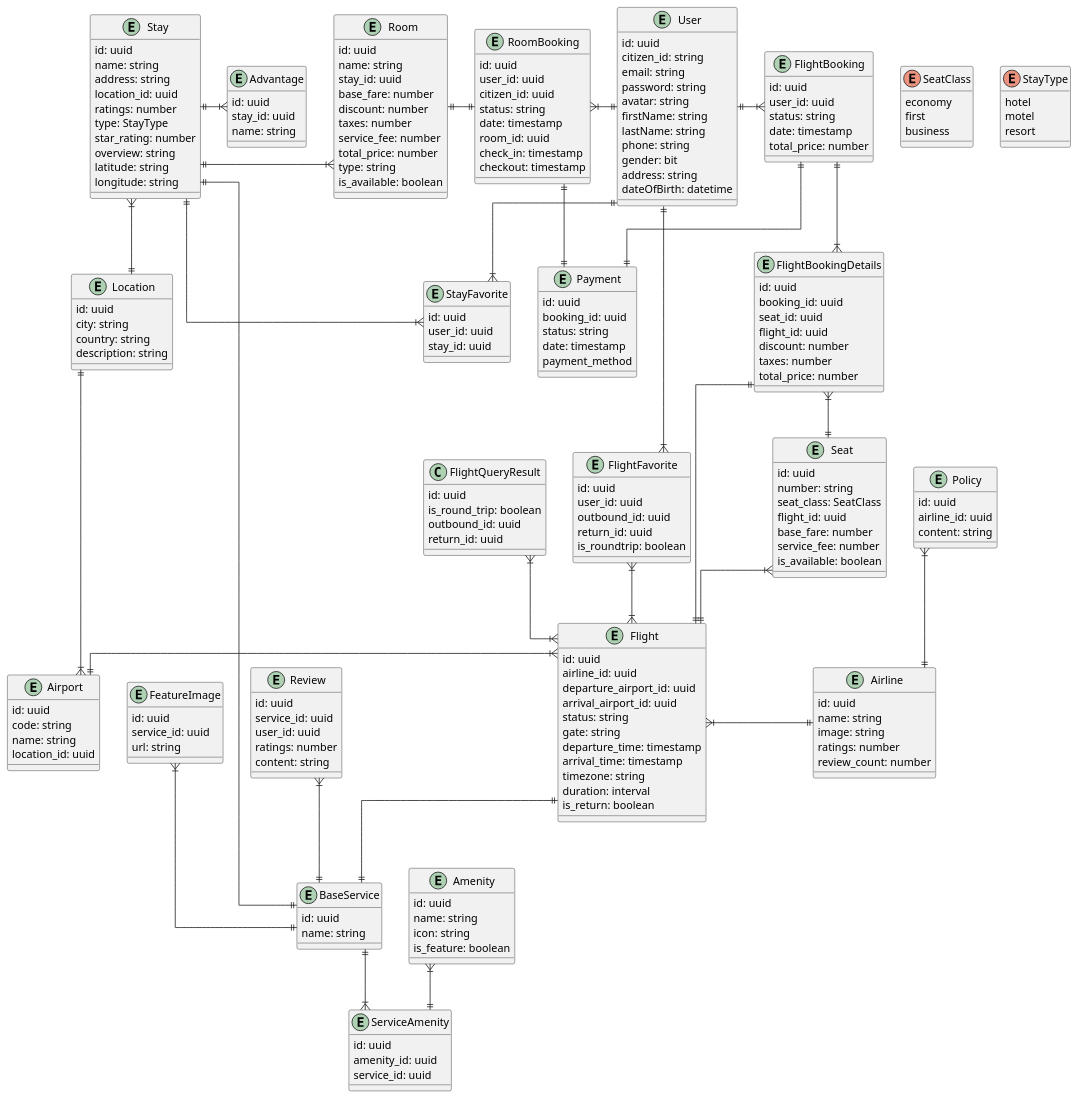
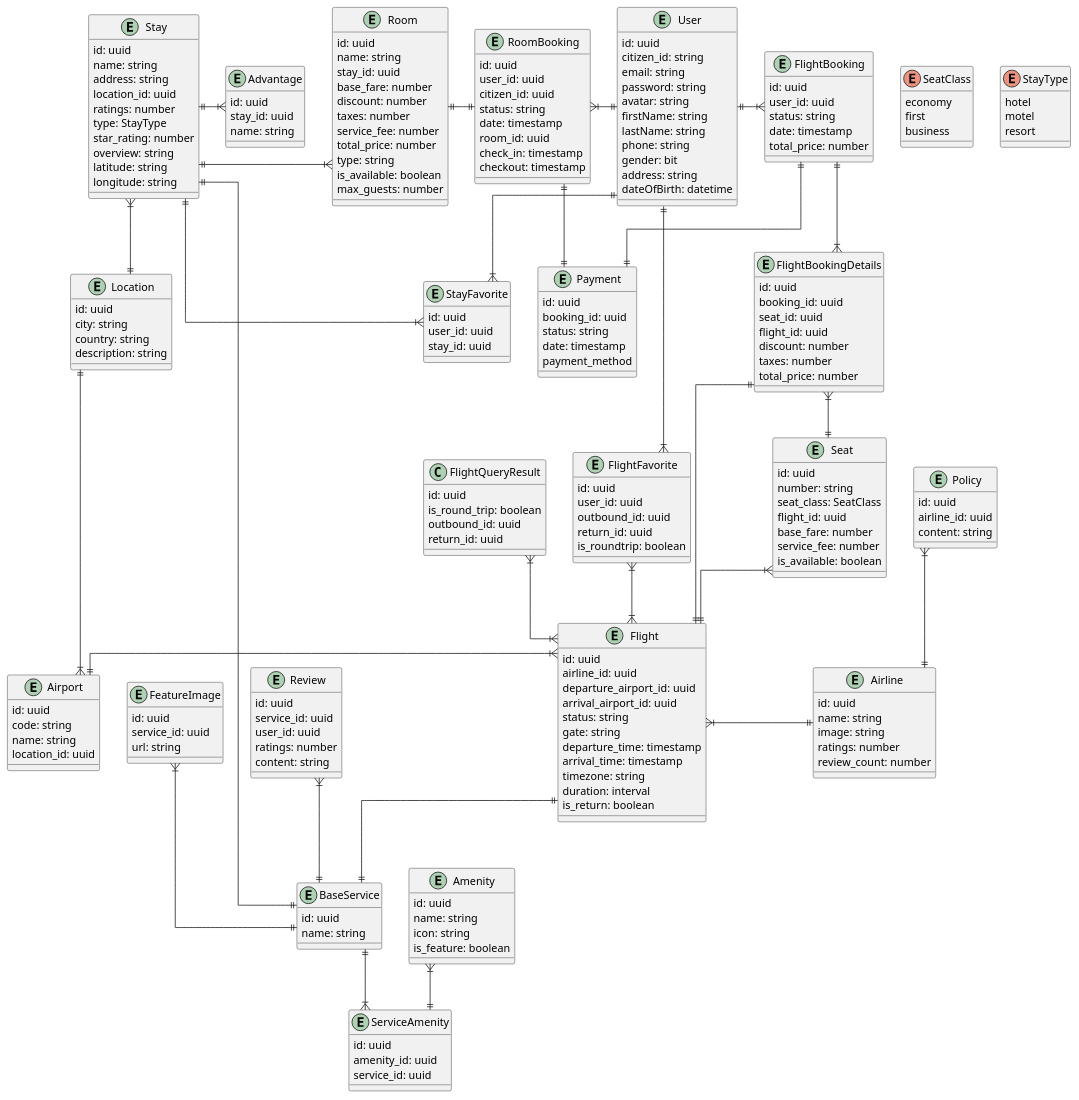
The diagram in docs/class-diagram.puml (vinguyen1907/gogo-travel), drawn with PlantUML before and after one commit. The commit also changed 8 other files, not shown here.

```diff
--- a/docs/class-diagram.puml
+++ b/docs/class-diagram.puml
@@ -173,6 +173,7 @@
     total_price: number
     type: string
     is_available: boolean
+    max_guests: number
 }
 
 entity RoomBooking {
```
